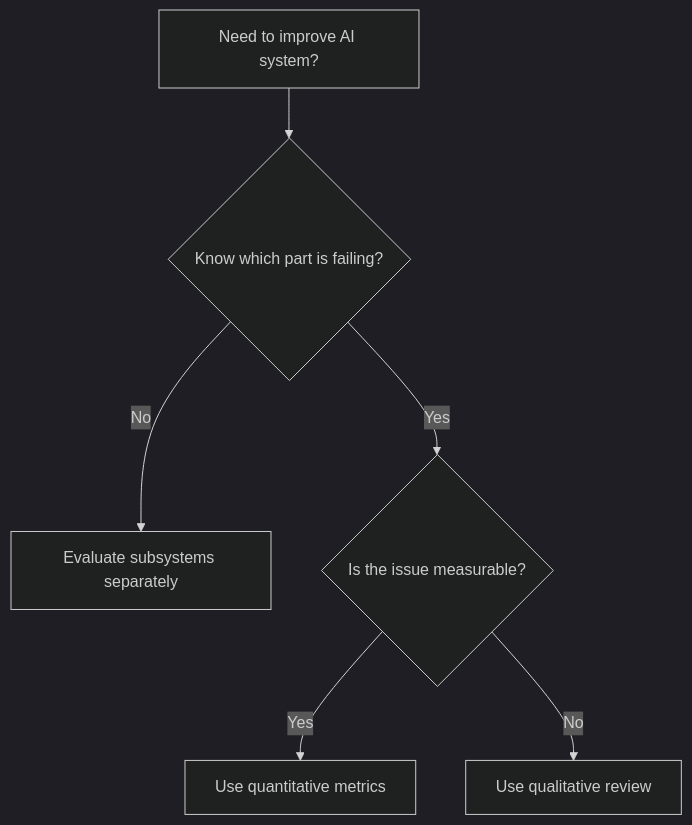
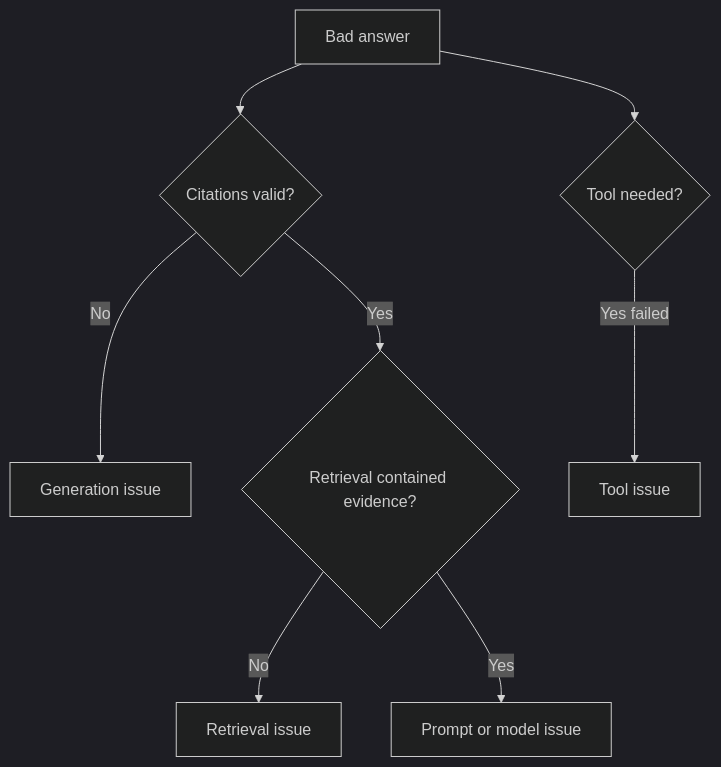
The sixth of 12 diagrams in day_27/day_27_evaluation.md (Asabeneh/30-Days-Of-AI-Engineering), drawn with Mermaid (dark theme) before and after one commit. The commit also changed other lines of this file and 49 other files, not shown here.

````diff
--- a/day_27/day_27_evaluation.md
+++ b/day_27/day_27_evaluation.md
@@ -197,8 +278,10 @@
 ```mermaid
 flowchart TD
-    A[Need to improve AI system?] --> B{Know which part is failing?}
-    B -->|No| C[Evaluate subsystems separately]
-    B -->|Yes| D{Is the issue measurable?}
-    D -->|Yes| E[Use quantitative metrics]
-    D -->|No| F[Use qualitative review]
+    BAD[Bad answer] --> CITE{Citations valid?}
+    CITE -->|No| GEN[Generation issue]
+    CITE -->|Yes| RET{Retrieval contained evidence?}
+    RET -->|No| RAG[Retrieval issue]
+    RET -->|Yes| PROMPT[Prompt or model issue]
+    BAD --> TOOL{Tool needed?}
+    TOOL -->|Yes failed| TF[Tool issue]
 ```
````
